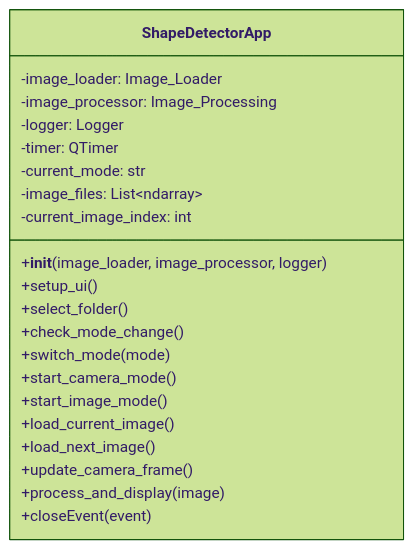
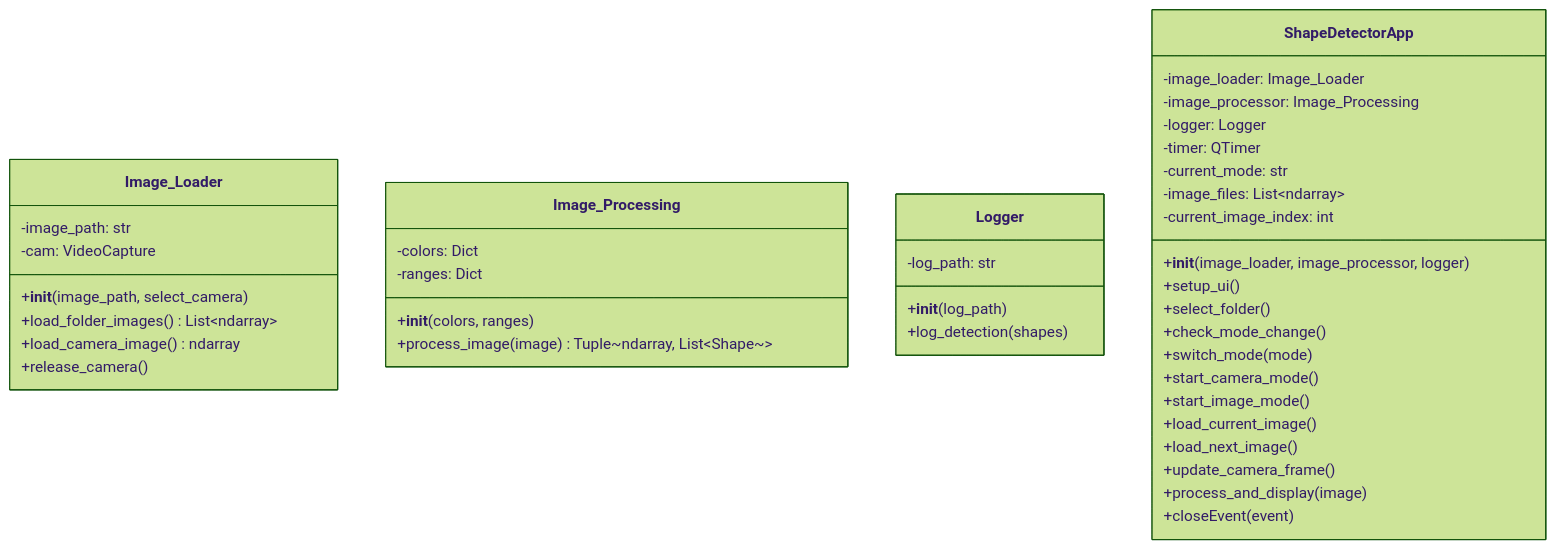
The diagram in README.md (TimPatrickProgramming/Software_Enginering_Pattern_Recognition), drawn with Mermaid (forest theme) before and after one commit.

Commit message:
Added 3 new classes
- Added 3 new classes to static view class diagram
- Image processing
- Image Loader
- Logger

````diff
--- a/README.md
+++ b/README.md
@@ -41,24 +41,47 @@
 ```mermaid
 classDiagram
+    
+    class Image_Loader {
+        -image_path: str
+        -cam: VideoCapture
+        +__init__(image_path, select_camera)
+        +load_folder_images() List~ndarray~
+        +load_camera_image() ndarray
+        +release_camera()
+    }
+    
+    class Image_Processing {
+        -colors: Dict
+        -ranges: Dict
+        +__init__(colors, ranges)
+        +process_image(image) Tuple~ndarray, List~Shape~~
+    }
+    
+    class Logger {
+        -log_path: str
+        +__init__(log_path)
+        +log_detection(shapes)
+    }
+    
     class ShapeDetectorApp {
         -image_loader: Image_Loader
         -image_processor: Image_Processing
         -logger: Logger
         -timer: QTimer
         -current_mode: str
         -image_files: List~ndarray~
         -current_image_index: int
         +__init__(image_loader, image_processor, logger)
         +setup_ui()
         +select_folder()
         +check_mode_change()
         +switch_mode(mode)
         +start_camera_mode()
         +start_image_mode()
         +load_current_image()
         +load_next_image()
         +update_camera_frame()
         +process_and_display(image)
         +closeEvent(event)
     }
 ```
````
